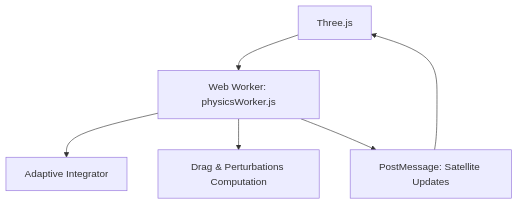
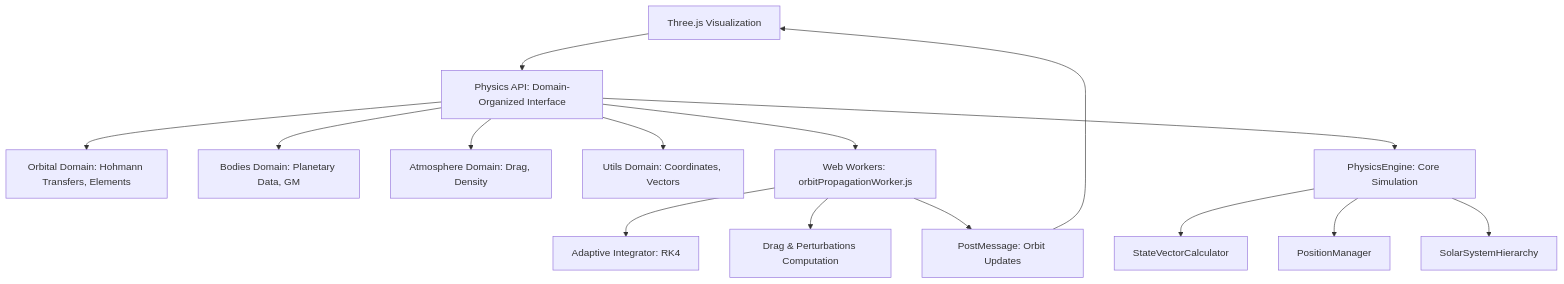
Before and after one commit to JMMonte/Reentry_v2: the diagram in README.md, drawn with Mermaid. The commit also changed other lines of this file and 57 other files, not shown here.

Commit message:
refactor: remove debug_earth_orbit.js script and update README for improved clarity; enhance App component by consolidating hooks and updating imports for better organization; streamline satellite management and physics integration across components

````diff
--- a/README.md
+++ b/README.md
@@ -50,8 +58,19 @@
 ```mermaid
 graph TD
-  A[Main Thread: Three.js Rendering] --> B[Web Worker: physicsWorker.js]
-  B --> C[Adaptive Integrator]
-  B --> D[Drag & Perturbations Computation]
-  B --> F[PostMessage: Satellite Updates]
-  F --> A[Three.js]
+  A[Main Thread: Three.js Rendering] --> B[Physics API: Domain-Organized Interface]
+  B --> C[Orbital Domain: Hohmann Transfers, Elements]
+  B --> D[Bodies Domain: Planetary Data, GM]
+  B --> E[Atmosphere Domain: Drag, Density]
+  B --> F[Utils Domain: Coordinates, Vectors]
+  
+  B --> G[Web Workers: orbitPropagationWorker.js]
+  G --> H[Adaptive Integrator: RK4]
+  G --> I[Drag & Perturbations Computation]
+  G --> J[PostMessage: Orbit Updates]
+  J --> A[Three.js Visualization]
+  
+  B --> K[PhysicsEngine: Core Simulation]
+  K --> L[StateVectorCalculator]
+  K --> M[PositionManager]
+  K --> N[SolarSystemHierarchy]
 ```
````
